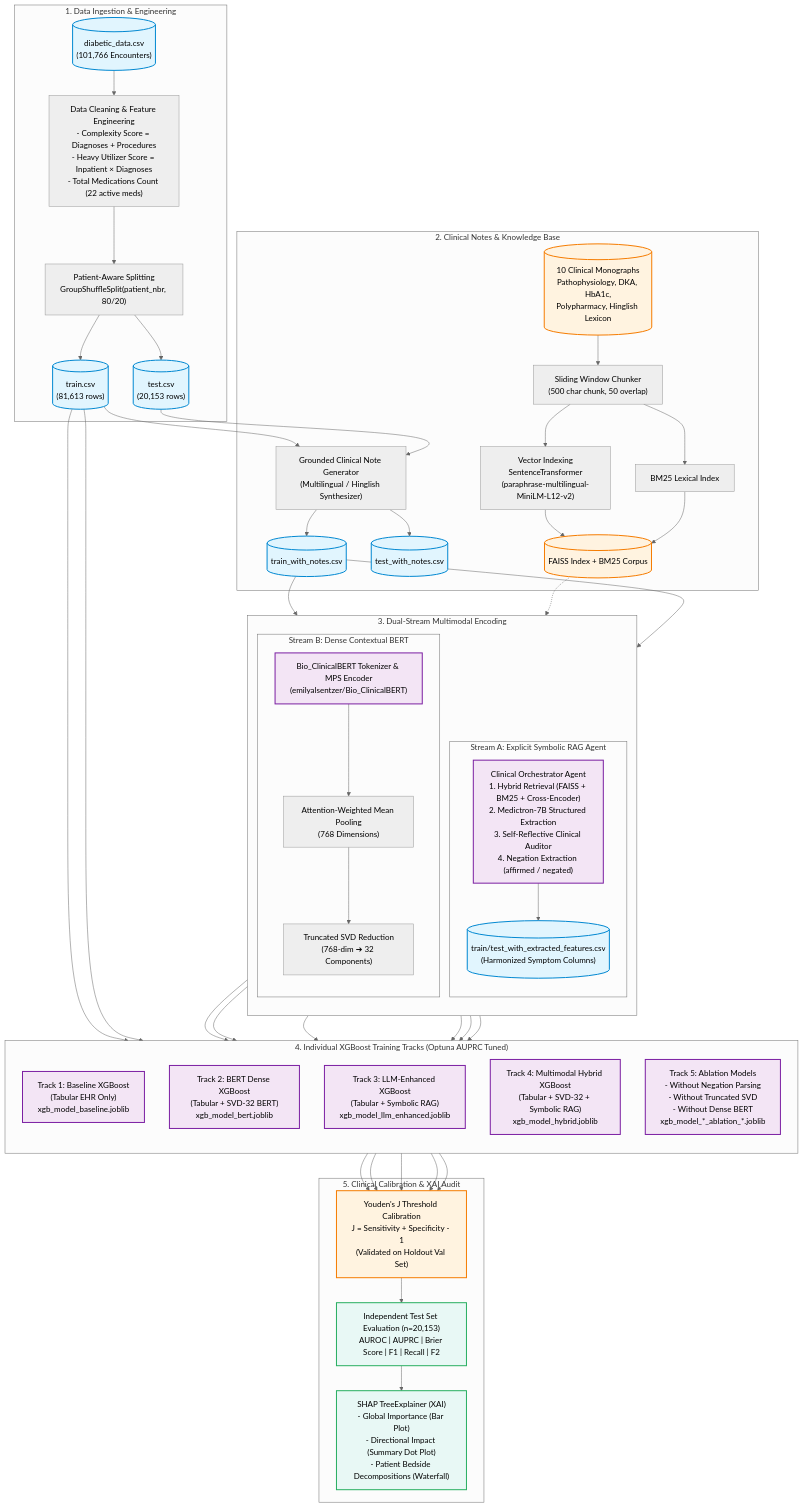
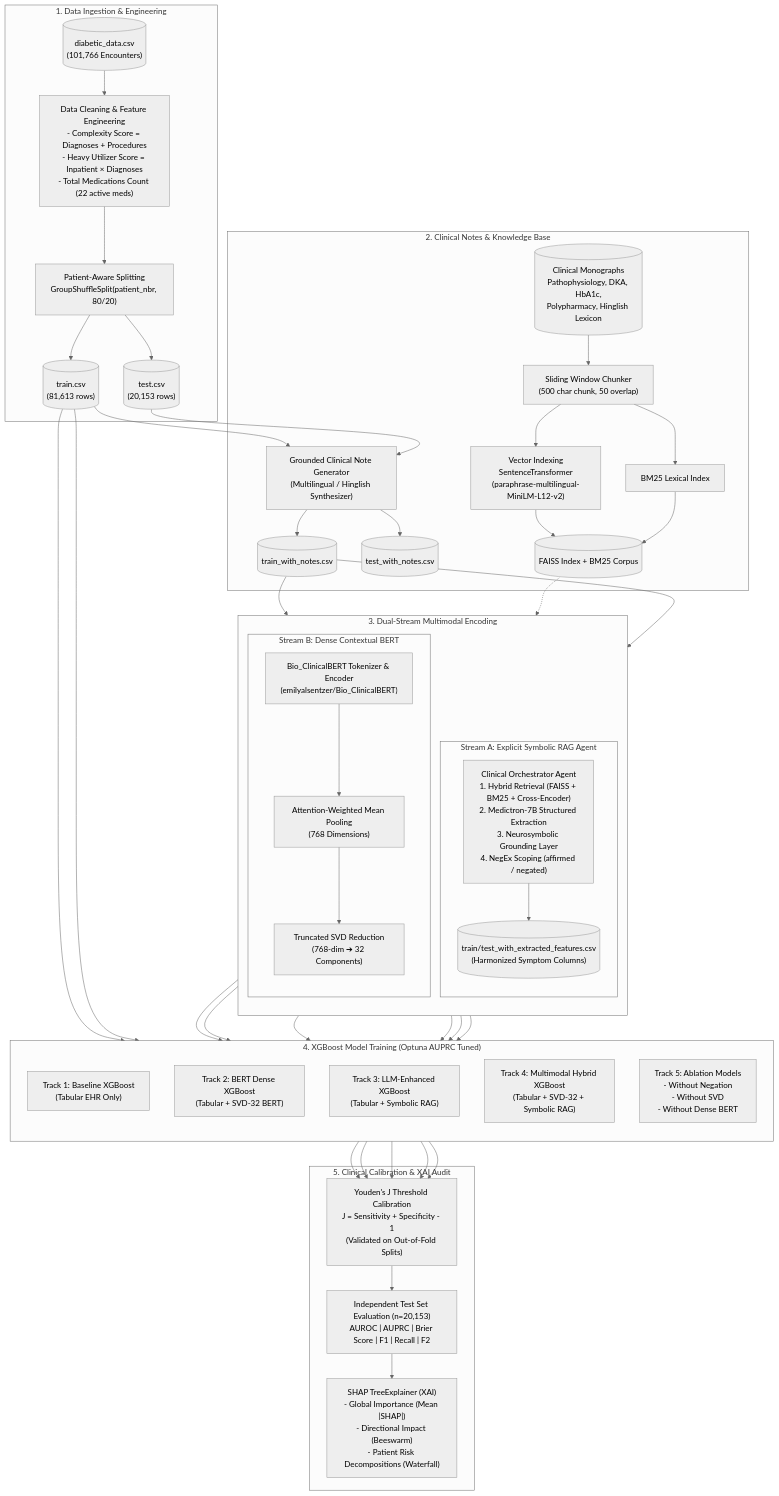
The diagram in README.md (sumankumarpatro/Diabetes), drawn with Mermaid (neutral theme) before and after one commit. The commit also changed other lines of this file and 15 other files, not shown here.

Commit message:
Updated benchmark table hybrid, Rag and Zero-shot ablations

````diff
--- a/README.md
+++ b/README.md
@@ -101,60 +105,51 @@
 ```mermaid
 flowchart TD
     subgraph RawData["1. Data Ingestion & Engineering"]
         RAW[("diabetic_data.csv\n(101,766 Encounters)")] --> PREPROC["Data Cleaning & Feature Engineering\n- Complexity Score = Diagnoses + Procedures\n- Heavy Utilizer Score = Inpatient × Diagnoses\n- Total Medications Count (22 active meds)"]
         PREPROC --> SPLIT["Patient-Aware Splitting\nGroupShuffleSplit(patient_nbr, 80/20)"]
         SPLIT --> TRAIN_RAW[("train.csv\n(81,613 rows)")]
         SPLIT --> TEST_RAW[("test.csv\n(20,153 rows)")]
     end
 
     subgraph NotesAndKB["2. Clinical Notes & Knowledge Base"]
         TRAIN_RAW & TEST_RAW --> NOTE_GEN["Grounded Clinical Note Generator\n(Multilingual / Hinglish Synthesizer)"]
         NOTE_GEN --> TRAIN_NOTES[("train_with_notes.csv")]
         NOTE_GEN --> TEST_NOTES[("test_with_notes.csv")]
         
-        KB_FILES[("10 Clinical Monographs\nPathophysiology, DKA, HbA1c,\nPolypharmacy, Hinglish Lexicon")] --> CHUNK["Sliding Window Chunker\n(500 char chunk, 50 overlap)"]
+        KB_FILES[("Clinical Monographs\nPathophysiology, DKA, HbA1c,\nPolypharmacy, Hinglish Lexicon")] --> CHUNK["Sliding Window Chunker\n(500 char chunk, 50 overlap)"]
         CHUNK --> FAISS_BUILD["Vector Indexing\nSentenceTransformer\n(paraphrase-multilingual-MiniLM-L12-v2)"]
         CHUNK --> BM25_BUILD["BM25 Lexical Index"]
         FAISS_BUILD & BM25_BUILD --> RAG_STORE[("FAISS Index + BM25 Corpus")]
     end
 
     subgraph MultimodalStreams["3. Dual-Stream Multimodal Encoding"]
         direction TB
         subgraph StreamA["Stream A: Explicit Symbolic RAG Agent"]
-            TRAIN_NOTES --> AGENT["Clinical Orchestrator Agent\n1. Hybrid Retrieval (FAISS + BM25 + Cross-Encoder)\n2. Medictron-7B Structured Extraction\n3. Self-Reflective Clinical Auditor\n4. Negation Extraction (affirmed / negated)"]
+            TRAIN_NOTES --> AGENT["Clinical Orchestrator Agent\n1. Hybrid Retrieval (FAISS + BM25 + Cross-Encoder)\n2. Medictron-7B Structured Extraction\n3. Neurosymbolic Grounding Layer\n4. NegEx Scoping (affirmed / negated)"]
             RAG_STORE -.-> AGENT
             AGENT --> EXTRACTED[("train/test_with_extracted_features.csv\n(Harmonized Symptom Columns)")]
         end
         
         subgraph StreamB["Stream B: Dense Contextual BERT"]
-            TRAIN_NOTES --> BERT["Bio_ClinicalBERT Tokenizer & MPS Encoder\n(emilyalsentzer/Bio_ClinicalBERT)"]
+            TRAIN_NOTES --> BERT["Bio_ClinicalBERT Tokenizer & Encoder\n(emilyalsentzer/Bio_ClinicalBERT)"]
             BERT --> POOL["Attention-Weighted Mean Pooling\n(768 Dimensions)"]
-            POOL --> SVD["Truncated SVD Reduction\n(768-dim ➔ 32 Components)"]
+            BERT_SVD["Truncated SVD Reduction\n(768-dim ➔ 32 Components)"]
+            POOL --> BERT_SVD
         end
     end
 
-    subgraph PredictiveModeling["4. Individual XGBoost Training Tracks (Optuna AUPRC Tuned)"]
+    subgraph PredictiveModeling["4. XGBoost Model Training (Optuna AUPRC Tuned)"]
         direction TB
-        TRAIN_RAW --> M_BASE["Track 1: Baseline XGBoost\n(Tabular EHR Only)\nxgb_model_baseline.joblib"]
-        TRAIN_RAW & SVD --> M_BERT["Track 2: BERT Dense XGBoost\n(Tabular + SVD-32 BERT)\nxgb_model_bert.joblib"]
-        EXTRACTED --> M_LLM["Track 3: LLM-Enhanced XGBoost\n(Tabular + Symbolic RAG)\nxgb_model_llm_enhanced.joblib"]
-        EXTRACTED & SVD --> M_HYBRID["Track 4: Multimodal Hybrid XGBoost\n(Tabular + SVD-32 + Symbolic RAG)\nxgb_model_hybrid.joblib"]
-        EXTRACTED & SVD --> M_ABLATION["Track 5: Ablation Models\n- Without Negation Parsing\n- Without Truncated SVD\n- Without Dense BERT\nxgb_model_*_ablation_*.joblib"]
+        TRAIN_RAW --> M_BASE["Track 1: Baseline XGBoost\n(Tabular EHR Only)"]
+        TRAIN_RAW & BERT_SVD --> M_BERT["Track 2: BERT Dense XGBoost\n(Tabular + SVD-32 BERT)"]
+        EXTRACTED --> M_LLM["Track 3: LLM-Enhanced XGBoost\n(Tabular + Symbolic RAG)"]
+        EXTRACTED & BERT_SVD --> M_HYBRID["Track 4: Multimodal Hybrid XGBoost\n(Tabular + SVD-32 + Symbolic RAG)"]
+        EXTRACTED & BERT_SVD --> M_ABLATION["Track 5: Ablation Models\n- Without Negation\n- Without SVD\n- Without Dense BERT"]
     end
 
     subgraph EvaluationXAI["5. Clinical Calibration & XAI Audit"]
-        M_BASE & M_BERT & M_LLM & M_HYBRID & M_ABLATION --> YOUDEN["Youden's J Threshold Calibration\nJ = Sensitivity + Specificity - 1\n(Validated on Holdout Val Set)"]
+        M_BASE & M_BERT & M_LLM & M_HYBRID & M_ABLATION --> YOUDEN["Youden's J Threshold Calibration\nJ = Sensitivity + Specificity - 1\n(Validated on Out-of-Fold Splits)"]
         YOUDEN --> TEST_EVAL["Independent Test Set Evaluation (n=20,153)\nAUROC | AUPRC | Brier Score | F1 | Recall | F2"]
-        TEST_EVAL --> SHAP_ENGINE["SHAP TreeExplainer (XAI)\n- Global Importance (Bar Plot)\n- Directional Impact (Summary Dot Plot)\n- Patient Bedside Decompositions (Waterfall)"]
+        TEST_EVAL --> SHAP_ENGINE["SHAP TreeExplainer (XAI)\n- Global Importance (Mean |SHAP|)\n- Directional Impact (Beeswarm)\n- Patient Risk Decompositions (Waterfall)"]
     end
-
-    classDef primary fill:#e1f5fe,stroke:#0288d1,stroke-width:2px;
-    classDef secondary fill:#f3e5f5,stroke:#7b1fa2,stroke-width:2px;
-    classDef highlight fill:#fff3e0,stroke:#f57c00,stroke-width:2px;
-    classDef success fill:#e8f8f5,stroke:#27ae60,stroke-width:2px;
-    
-    class RAW,TRAIN_RAW,TEST_RAW,TRAIN_NOTES,TEST_NOTES,EXTRACTED primary;
-    class AGENT,BERT,M_BASE,M_BERT,M_LLM,M_HYBRID,M_ABLATION secondary;
-    class RAG_STORE,KB_FILES,YOUDEN highlight;
-    class TEST_EVAL,SHAP_ENGINE success;
 ```
````
